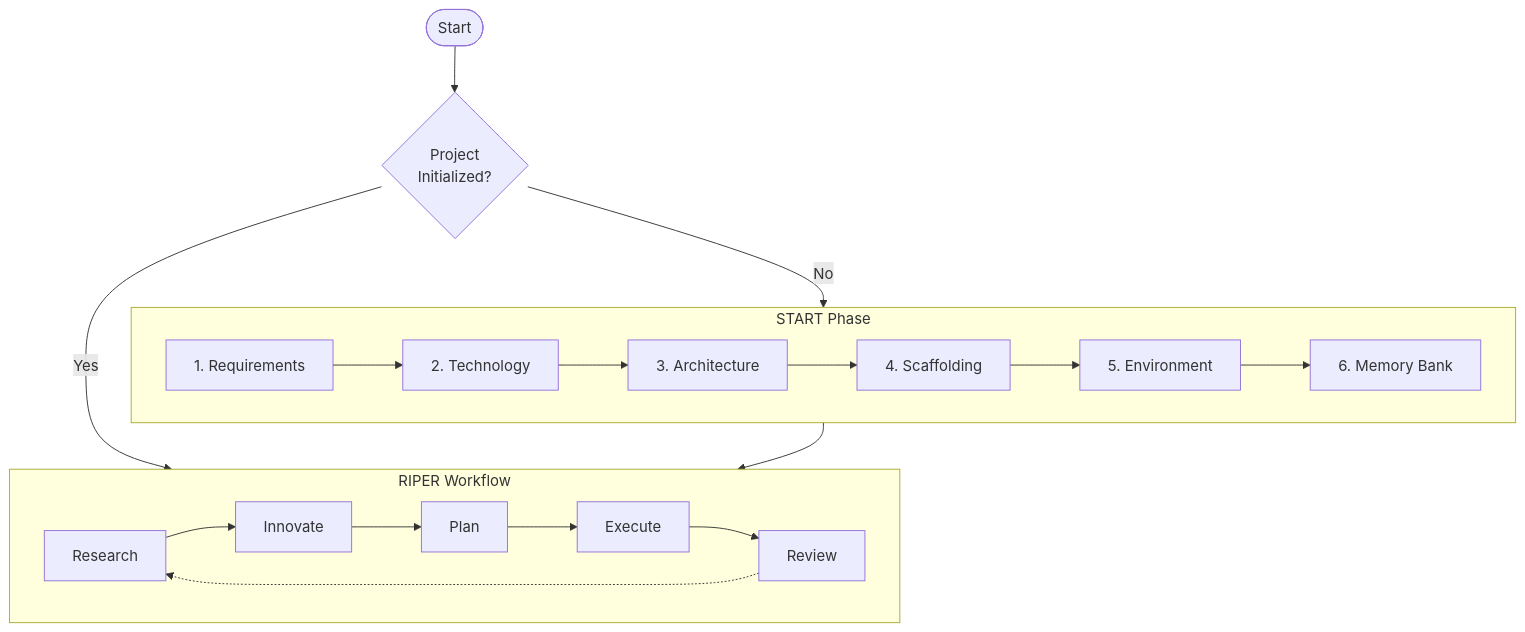
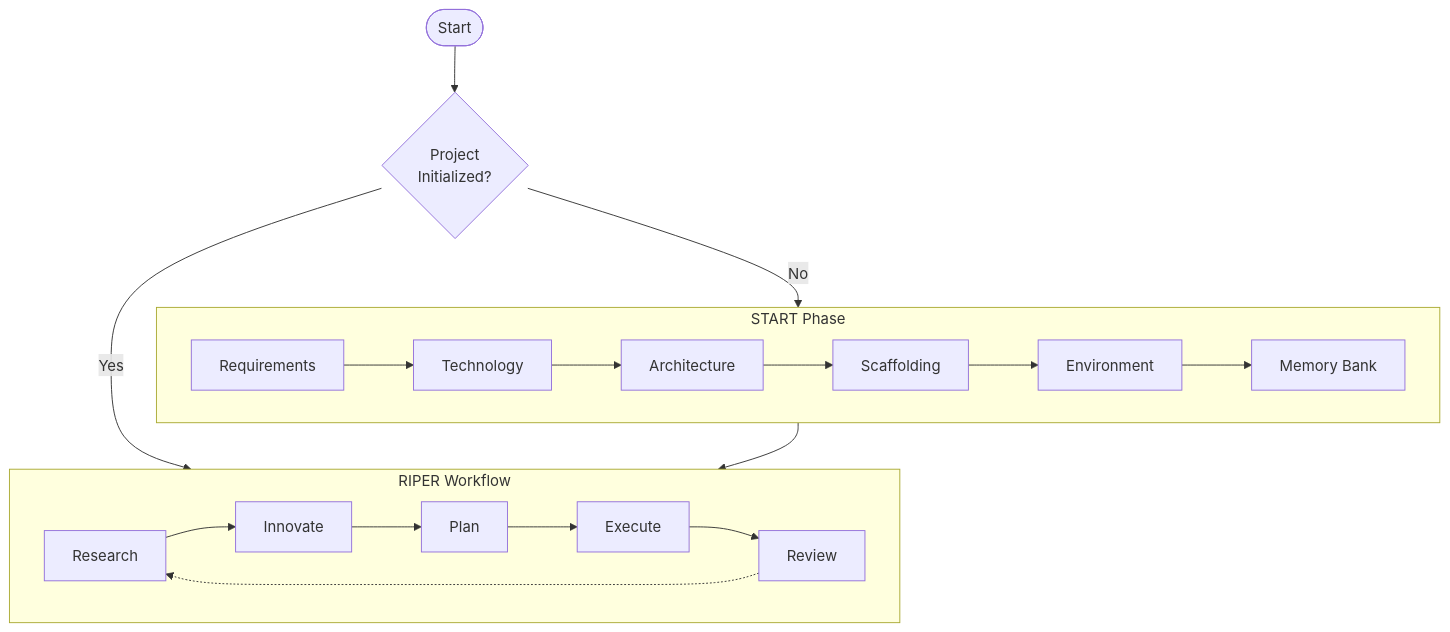
Before and after one commit to xiaokekehaha/CursorRIPER: the diagram in README.md, drawn with Mermaid.

Commit message:
Update README.md
fixed flow chart md

````diff
--- a/README.md
+++ b/README.md
@@ -17,24 +17,24 @@
 ```mermaid
 flowchart TD
     Start([Start]) --> Init{Project<br>Initialized?}
     Init -->|No| StartPhase[START Phase]
     Init -->|Yes| RIPER[RIPER Workflow]
     
     subgraph StartPhase[START Phase]
-        S1[1. Requirements] --> S2[2. Technology]
-        S2 --> S3[3. Architecture]
-        S3 --> S4[4. Scaffolding]
-        S4 --> S5[5. Environment]
-        S5 --> S6[6. Memory Bank]
+        S1[Requirements] --> S2[Technology]
+        S2 --> S3[Architecture]
+        S3 --> S4[Scaffolding]
+        S4 --> S5[Environment]
+        S5 --> S6[Memory Bank]
     end
     
     subgraph RIPER[RIPER Workflow]
         R[Research] --> I[Innovate]
         I --> P[Plan]
         P --> E[Execute]
         E --> Rev[Review]
         Rev -.-> R
     end
     
     StartPhase --> RIPER
 ```
````
